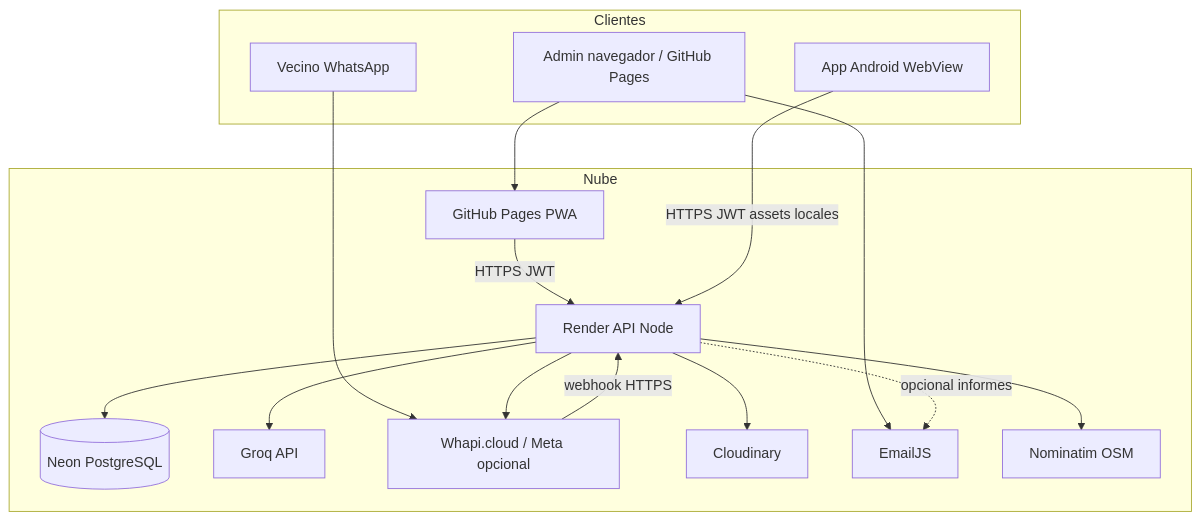
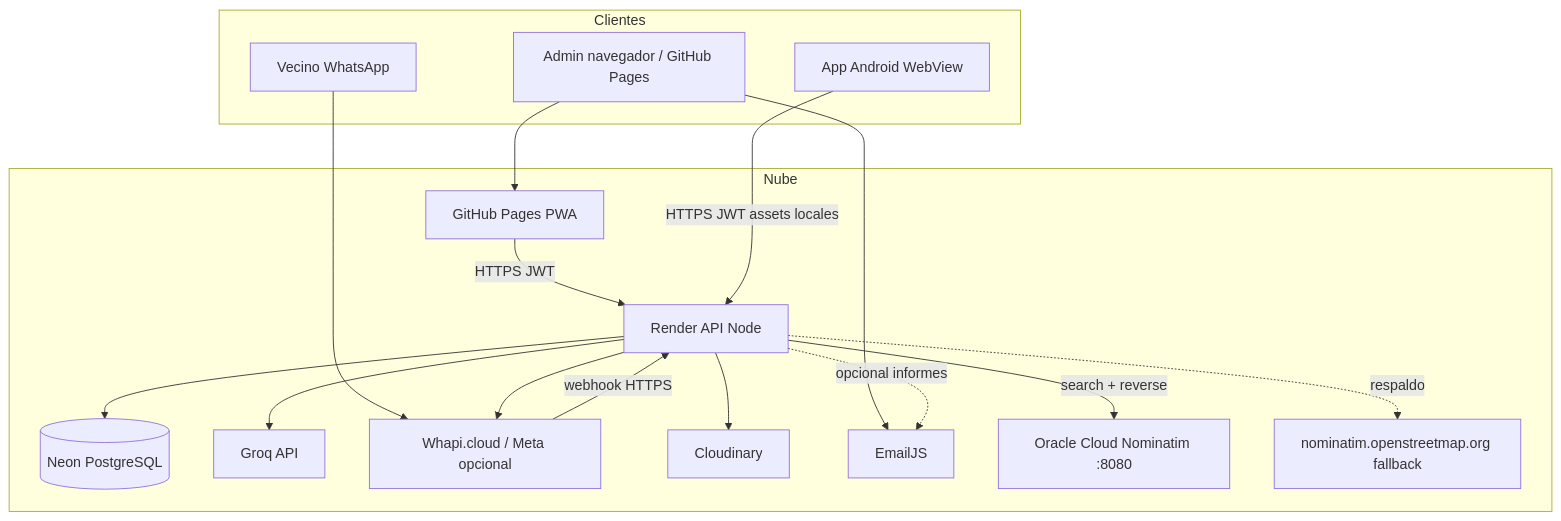
Before and after one commit to LEAVERA77/Pedidos-Manteniemiento-Android: the first of 2 diagrams in docs/presentacion/GestorNova-Documentacion-Tecnica-Outlier.md, drawn with Mermaid. The commit also changed other lines of this file and 4 other files, not shown here.

````diff
--- a/docs/presentacion/GestorNova-Documentacion-Tecnica-Outlier.md
+++ b/docs/presentacion/GestorNova-Documentacion-Tecnica-Outlier.md
@@ -24,30 +24,32 @@
 ```mermaid
 flowchart TB
   subgraph clientes [Clientes]
     Admin[Admin navegador / GitHub Pages]
     Android[App Android WebView]
     Vecino[Vecino WhatsApp]
   end
   subgraph cloud [Nube]
     Pages[GitHub Pages PWA]
     Render[Render API Node]
     Neon[(Neon PostgreSQL)]
     Groq[Groq API]
     Whapi[Whapi.cloud / Meta opcional]
     Cloudinary[Cloudinary]
     EmailJS[EmailJS]
-    Nominatim[Nominatim OSM]
+    NominatimOCI[Oracle Cloud Nominatim :8080]
+    NominatimPub[nominatim.openstreetmap.org fallback]
   end
   Admin --> Pages
   Pages -->|HTTPS JWT| Render
   Android -->|HTTPS JWT assets locales| Render
   Vecino --> Whapi
   Whapi -->|webhook HTTPS| Render
   Render --> Neon
   Render --> Groq
   Render --> Whapi
   Render --> Cloudinary
-  Render --> Nominatim
+  Render -->|search + reverse| NominatimOCI
+  Render -.->|respaldo| NominatimPub
   Admin --> EmailJS
   Render -.->|opcional informes| EmailJS
 ```
````
